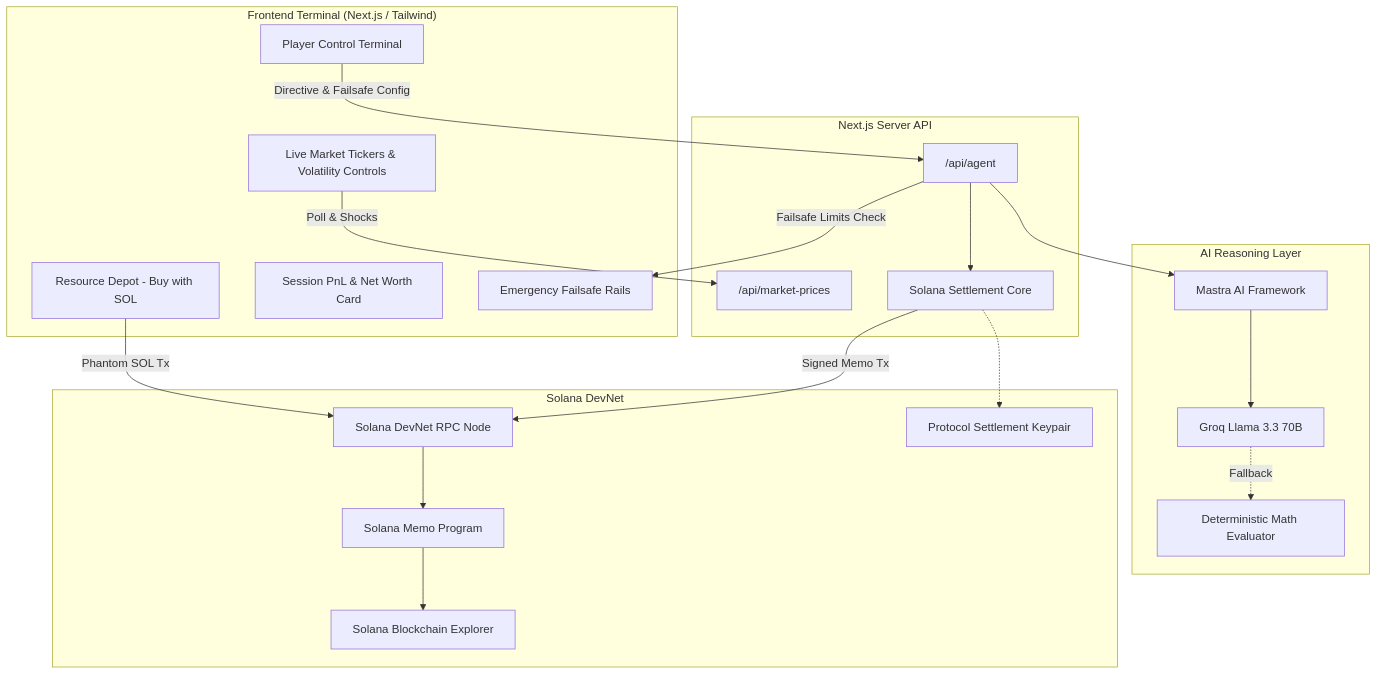
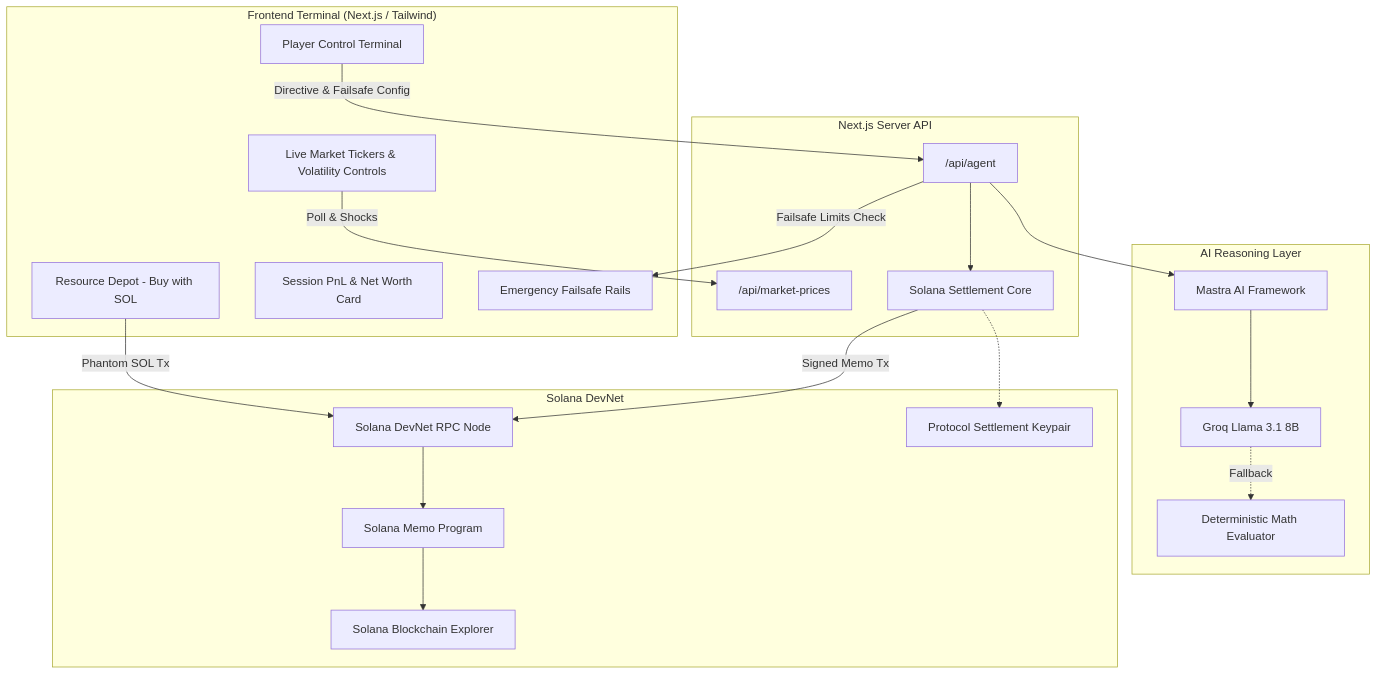
One commit to henryanomah/auto-loot changed the diagram in README.md. Above: the diagram before and after it, drawn with Mermaid. The commit also changed other lines of this file and 3 other files, not shown here.

Commit message:
update LLM model references to Groq Llama 3.1 8B

````diff
--- a/README.md
+++ b/README.md
@@ -50,42 +50,42 @@
 ```mermaid
 flowchart TD
     subgraph Client ["Frontend Terminal (Next.js / Tailwind)"]
         UI[Player Control Terminal]
         Depot[Resource Depot - Buy with SOL]
         Ticker[Live Market Tickers & Volatility Controls]
         Analytics[Session PnL & Net Worth Card]
         FailsafeUI[Emergency Failsafe Rails]
     end
 
     subgraph Server ["Next.js Server API"]
         AgentAPI["/api/agent"]
         MarketAPI["/api/market-prices"]
         SettlementCore[Solana Settlement Core]
     end
 
     subgraph AI ["AI Reasoning Layer"]
         MastraAgent[Mastra AI Framework]
-        GroqLLM[Groq Llama 3.3 70B]
+        GroqLLM[Groq Llama 3.1 8B]
         FallbackEngine[Deterministic Math Evaluator]
     end
 
     subgraph Blockchain ["Solana DevNet"]
         RPC[Solana DevNet RPC Node]
         MemoProgram[Solana Memo Program]
         ProtocolSigner[Protocol Settlement Keypair]
         Explorer[Solana Blockchain Explorer]
     end
 
     UI -->|Directive & Failsafe Config| AgentAPI
     Depot -->|Phantom SOL Tx| RPC
     Ticker -->|Poll & Shocks| MarketAPI
     AgentAPI --> MastraAgent
     MastraAgent --> GroqLLM
     GroqLLM -.->|Fallback| FallbackEngine
     AgentAPI -->|Failsafe Limits Check| FailsafeUI
     AgentAPI --> SettlementCore
     SettlementCore -->|Signed Memo Tx| RPC
     RPC --> MemoProgram
     MemoProgram --> Explorer
     SettlementCore -.-> ProtocolSigner
 ```
````
